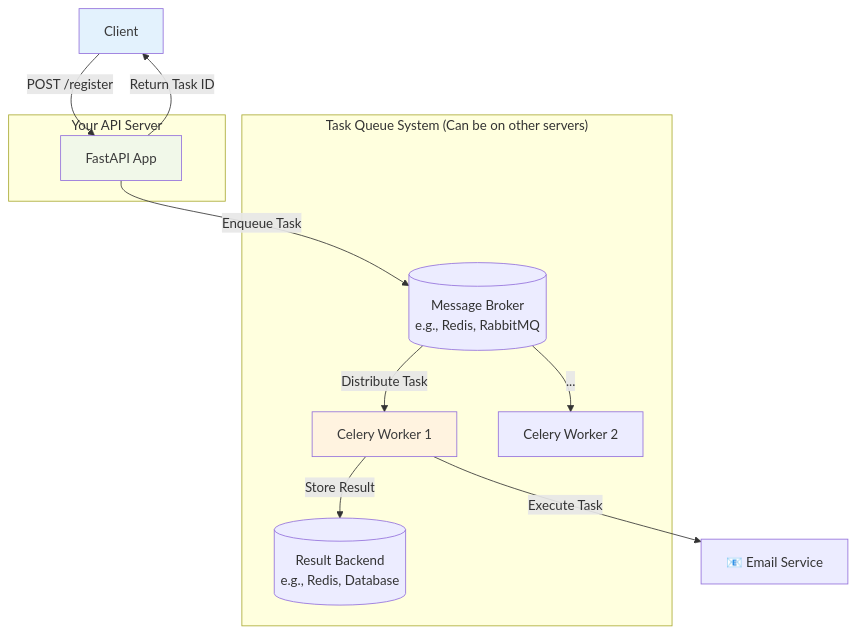
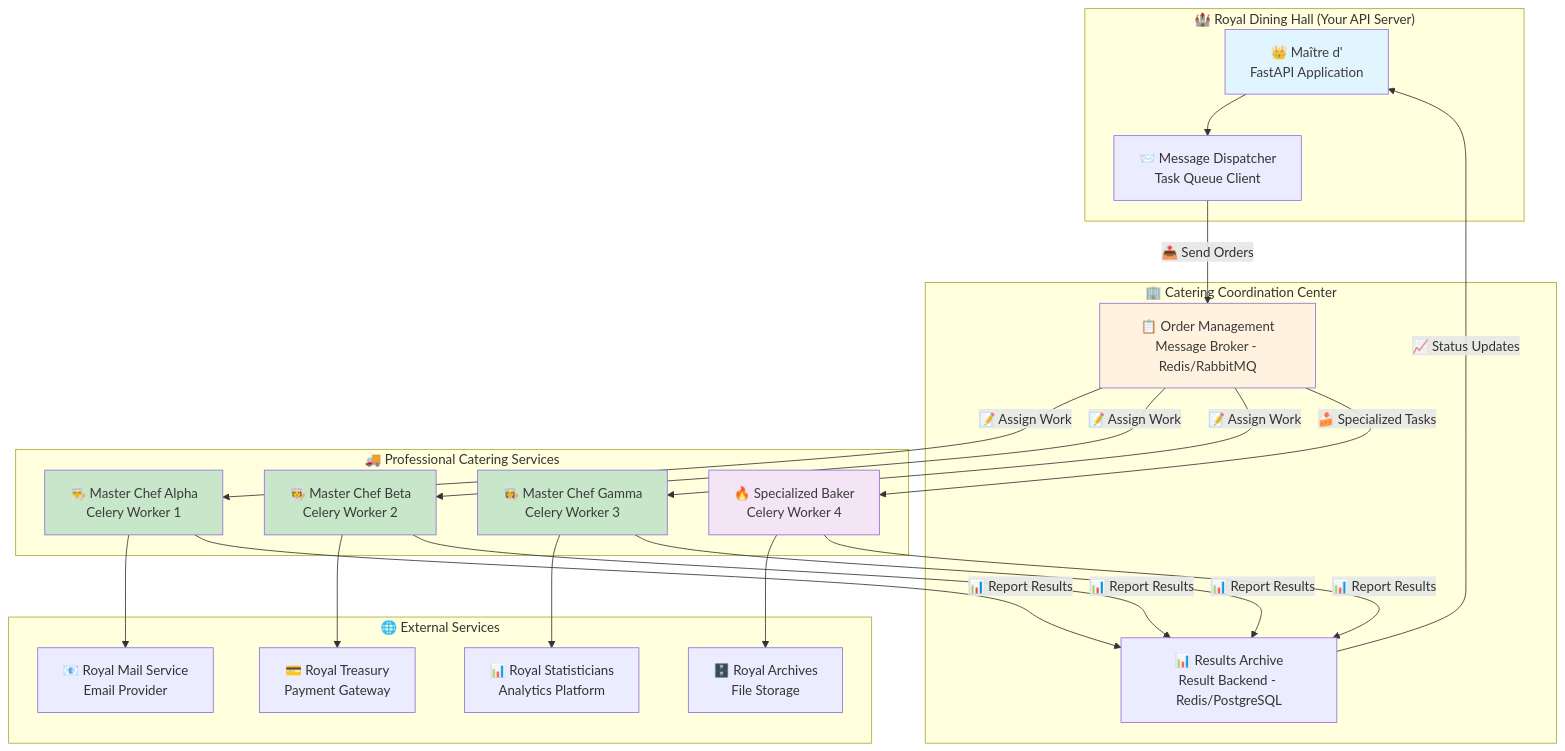
The third of 4 diagrams in app/docs/04_advanced/03-background-tasks-asynchronous-processing/page.mdx (ridwanspace/restful-fastapi-guideline), drawn with Mermaid before and after one commit. The commit also changed other lines of this file and 1 other file, not shown here.

````diff
--- a/app/docs/04_advanced/03-background-tasks-asynchronous-processing/page.mdx
+++ b/app/docs/04_advanced/03-background-tasks-asynchronous-processing/page.mdx
@@ -195,27 +585,51 @@
 ```mermaid
-graph TD
-    Client[Client] -->|"POST /register"| FastAPI[FastAPI App];
-    FastAPI -->|"Enqueue Task"| Broker[(Message Broker<br/>e.g., Redis, RabbitMQ)];
-    FastAPI -->|"Return Task ID"| Client;
-    Broker -->|"Distribute Task"| CeleryWorker[Celery Worker 1];
-    Broker -->|"..."| CeleryWorker2[Celery Worker 2];
-    CeleryWorker -->|"Execute Task"| ExternalService[📧 Email Service];
-    CeleryWorker -->|"Store Result"| ResultBackend[(Result Backend<br/>e.g., Redis, Database)];
-
-    subgraph "Your API Server"
-        FastAPI
+graph TB
+    subgraph "🏰 Royal Dining Hall (Your API Server)"
+        API[👑 Maître d'<br/>FastAPI Application]
+        API --> MSG[📨 Message Dispatcher<br/>Task Queue Client]
     end
-    subgraph "Task Queue System (Can be on other servers)"
-    gap1[ ]
-        style gap1 fill:none,stroke:none
-        gap1 ~~~
-        Broker
-        CeleryWorker
-        CeleryWorker2
-        ResultBackend
+    
+    subgraph "🏢 Catering Coordination Center"
+        BROKER[📋 Order Management<br/>Message Broker - Redis/RabbitMQ]
+        RESULT[📊 Results Archive<br/>Result Backend - Redis/PostgreSQL]
     end
-
-    style Client fill:#e3f2fd,color:#3b3b3b
-    style FastAPI fill:#f1f8e9,color:#3b3b3b
-    style CeleryWorker fill:#fff3e0,color:#3b3b3b
+    
+    subgraph "🚚 Professional Catering Services"
+        W1[👨‍🍳 Master Chef Alpha<br/>Celery Worker 1]
+        W2[🧑‍🍳 Master Chef Beta<br/>Celery Worker 2] 
+        W3[👩‍🍳 Master Chef Gamma<br/>Celery Worker 3]
+        W4[🔥 Specialized Baker<br/>Celery Worker 4]
+    end
+    
+    subgraph "🌐 External Services"
+        EMAIL[📧 Royal Mail Service<br/>Email Provider]
+        PAYMENT[💳 Royal Treasury<br/>Payment Gateway]
+        ANALYTICS[📊 Royal Statisticians<br/>Analytics Platform]
+        STORAGE[🗄️ Royal Archives<br/>File Storage]
+    end
+    
+    MSG -->|📤 Send Orders| BROKER
+    BROKER -->|📝 Assign Work| W1
+    BROKER -->|📝 Assign Work| W2  
+    BROKER -->|📝 Assign Work| W3
+    BROKER -->|🍰 Specialized Tasks| W4
+    
+    W1 --> EMAIL
+    W2 --> PAYMENT
+    W3 --> ANALYTICS
+    W4 --> STORAGE
+    
+    W1 -->|📊 Report Results| RESULT
+    W2 -->|📊 Report Results| RESULT
+    W3 -->|📊 Report Results| RESULT
+    W4 -->|📊 Report Results| RESULT
+    
+    RESULT -->|📈 Status Updates| API
+    
+    style API fill:#e1f5fe,color:#3b3b3b
+    style BROKER fill:#fff3e0,color:#3b3b3b
+    style W1 fill:#c8e6c9,color:#3b3b3b
+    style W2 fill:#c8e6c9,color:#3b3b3b
+    style W3 fill:#c8e6c9,color:#3b3b3b
+    style W4 fill:#f3e5f5,color:#3b3b3b
 ```
````
